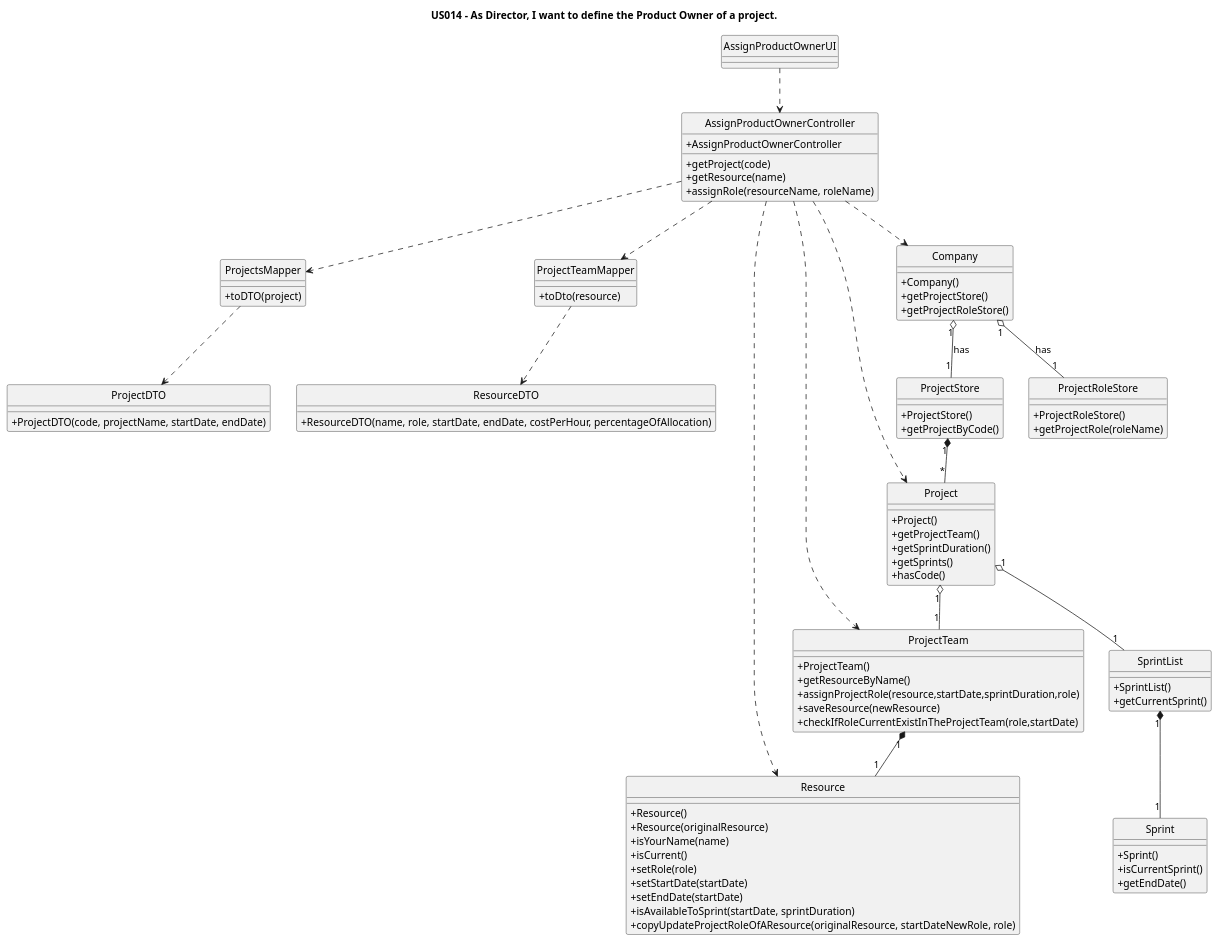
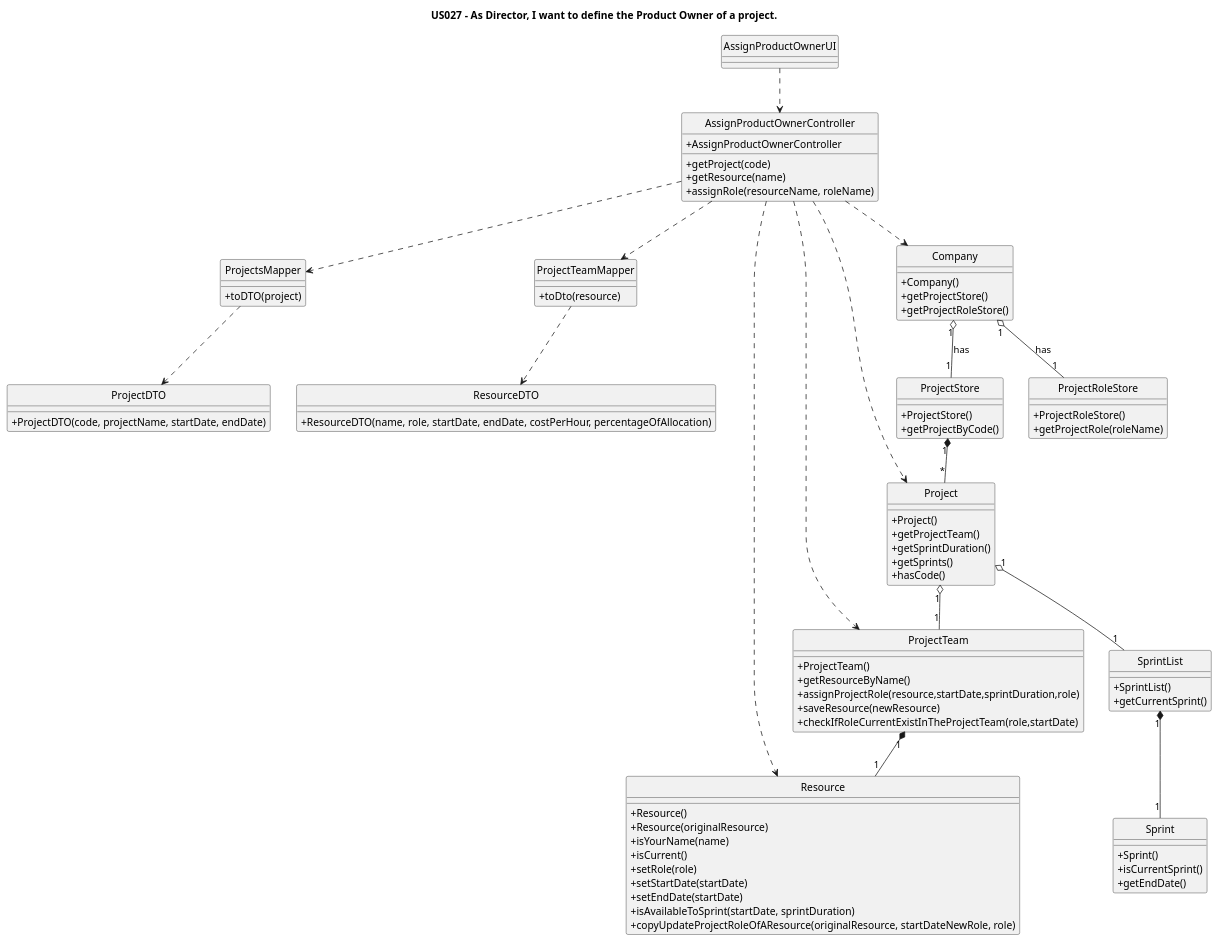
The diagram in docs/Sprint3/US027/US027-CD.puml (nunogon1211787/projectManagement), drawn with PlantUML before and after one commit. The commit also changed 1 other file, not shown here.

```diff
--- a/docs/Sprint3/US027/US027-CD.puml
+++ b/docs/Sprint3/US027/US027-CD.puml
@@ -1,107 +1,107 @@
 @startuml
 
 hide circle
 skinparam classAttributeIconSize 0
 
-title "US014 - As Director, I want to define the Product Owner of a project."
+title "US027 - As Director, I want to define the Product Owner of a project."
 
 class AssignProductOwnerUI {
 }
 
 class AssignProductOwnerController {
     +AssignProductOwnerController
     +getProject(code)
     +getResource(name)
     +assignRole(resourceName, roleName)
 }
 
 class ProjectsMapper {
     +toDTO(project)
     }
 
 class ProjectTeamMapper {
     +toDto(resource)
 }
 
 class ProjectDTO {
     +ProjectDTO(code, projectName, startDate, endDate)
 }
 
 class ResourceDTO {
     +ResourceDTO(name, role, startDate, endDate, costPerHour, percentageOfAllocation)
 }
 
 class Company {
     +Company()
     +getProjectStore()
     +getProjectRoleStore()
 }
 
 class ProjectTeam {
     +ProjectTeam()
     +getResourceByName()
     +assignProjectRole(resource,startDate,sprintDuration,role)
     +saveResource(newResource)
     +checkIfRoleCurrentExistInTheProjectTeam(role,startDate)
 }
 
 class Resource {
     +Resource()
     +Resource(originalResource)
     +isYourName(name)
     +isCurrent()
     +setRole(role)
     +setStartDate(startDate)
     +setEndDate(startDate)
     +isAvailableToSprint(startDate, sprintDuration)
     +copyUpdateProjectRoleOfAResource(originalResource, startDateNewRole, role)
 }
 
 class ProjectStore {
     +ProjectStore()
     +getProjectByCode()
 }
 
 class ProjectRoleStore {
     +ProjectRoleStore()
     +getProjectRole(roleName)
 }
 
 class Project {
     +Project()
     +getProjectTeam()
     +getSprintDuration()
     +getSprints()
     +hasCode()
 }
 
 class SprintList {
     +SprintList()
     +getCurrentSprint()
 }
 
 class Sprint {
     +Sprint()
     +isCurrentSprint()
     +getEndDate()
 }
 
 AssignProductOwnerUI ..> AssignProductOwnerController
 AssignProductOwnerController ..> Company
 AssignProductOwnerController ..> ProjectsMapper
 AssignProductOwnerController ..> ProjectTeamMapper
 AssignProductOwnerController ..> Project
 AssignProductOwnerController ..> ProjectTeam
 AssignProductOwnerController ..> Resource
 ProjectsMapper ..> ProjectDTO
 ProjectTeamMapper ..> ResourceDTO
 
 Company "1" o-- "1" ProjectRoleStore: has
 Company "1" o-- "1" ProjectStore: has
 ProjectStore "1" *-- "*" Project
 Project "1" o-- "1" ProjectTeam
 Project "1" o-- "1" SprintList
 SprintList "1" *-- "1" Sprint
 ProjectTeam "1" *-- "1" Resource
 
 @enduml
```
